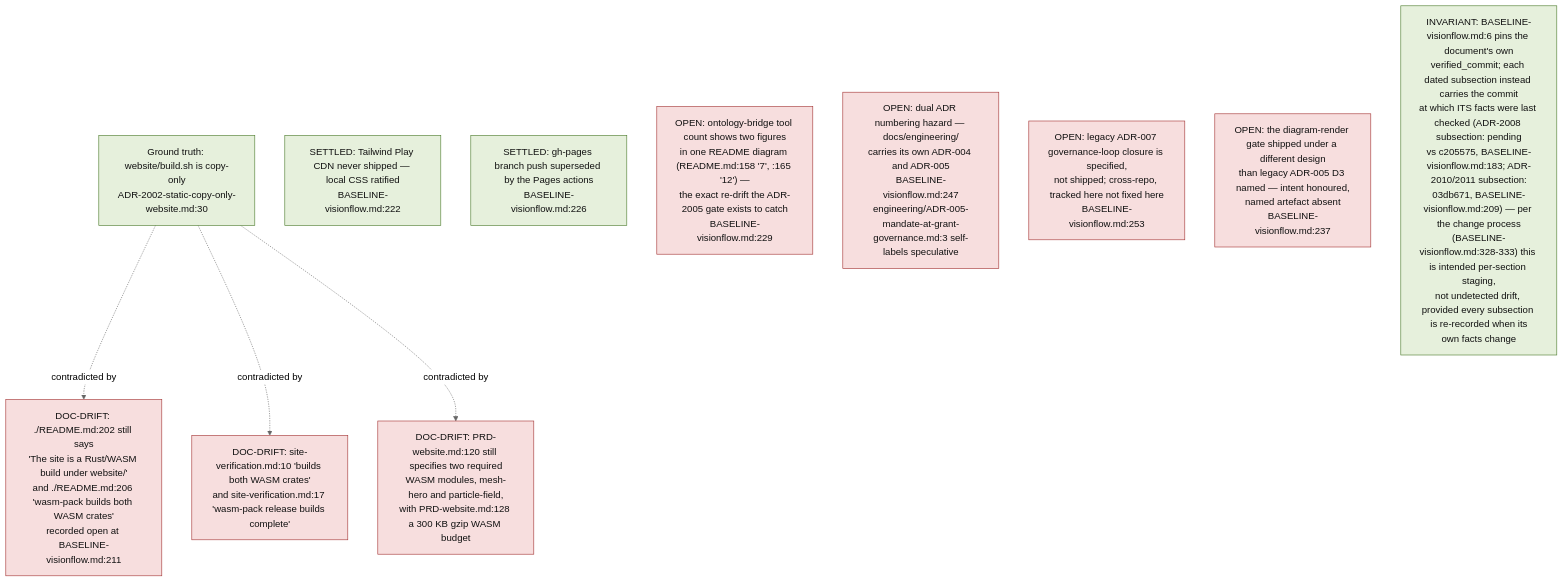
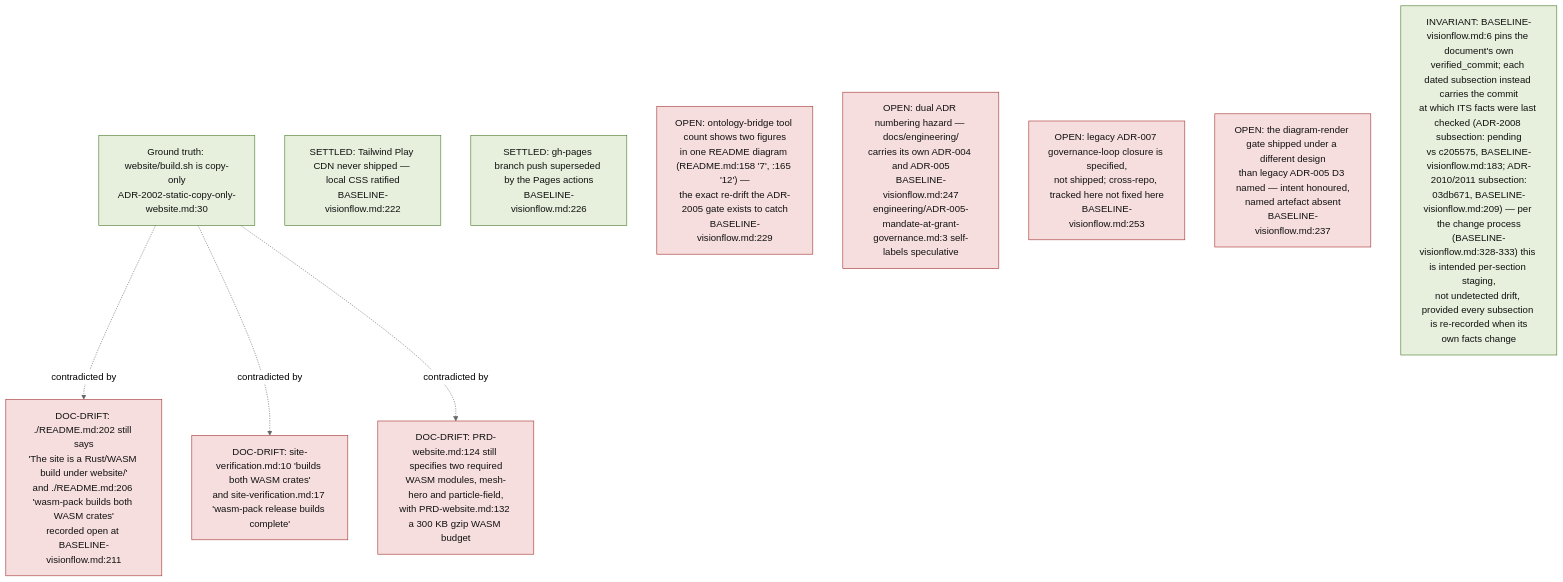
The eighth of 11 diagrams in docs/diagrams/visionflow/01-repo-composition-and-canon.md (DreamLab-AI/VisionFlow), drawn with Mermaid (neutral theme) before and after one commit. The commit also changed other lines of this file and 21 other files, not shown here.

Commit message:
docs(diagrams): refresh first verified estate batch

````diff
--- a/docs/diagrams/visionflow/01-repo-composition-and-canon.md
+++ b/docs/diagrams/visionflow/01-repo-composition-and-canon.md
@@ -312,24 +313,24 @@
 ```mermaid
 flowchart TB
     classDef drift fill:#f7dede,stroke:#a33333,color:#111
     classDef settled fill:#e6f0dc,stroke:#4a7a2a,color:#111
 
     SRC["Ground truth: website/build.sh is copy-only<br/>ADR-2002-static-copy-only-website.md:30"]:::settled
 
     D1["DOC-DRIFT: ./README.md:202 still says<br/>'The site is a Rust/WASM build under website/'<br/>and ./README.md:206 'wasm-pack builds both WASM crates'<br/>recorded open at BASELINE-visionflow.md:211"]:::drift
     D2["DOC-DRIFT: site-verification.md:10 'builds both WASM crates'<br/>and site-verification.md:17 'wasm-pack release builds complete'"]:::drift
-    D3["DOC-DRIFT: PRD-website.md:120 still specifies two required<br/>WASM modules, mesh-hero and particle-field,<br/>with PRD-website.md:128 a 300 KB gzip WASM budget"]:::drift
+    D3["DOC-DRIFT: PRD-website.md:124 still specifies two required<br/>WASM modules, mesh-hero and particle-field,<br/>with PRD-website.md:132 a 300 KB gzip WASM budget"]:::drift
     SRC -.->|"contradicted by"| D1
     SRC -.->|"contradicted by"| D2
     SRC -.->|"contradicted by"| D3
 
     S1["SETTLED: Tailwind Play CDN never shipped — local CSS ratified<br/>BASELINE-visionflow.md:222"]:::settled
     S2["SETTLED: gh-pages branch push superseded by the Pages actions<br/>BASELINE-visionflow.md:226"]:::settled
 
     O1["OPEN: ontology-bridge tool count shows two figures<br/>in one README diagram (README.md:158 '7', :165 '12') —<br/>the exact re-drift the ADR-2005 gate exists to catch<br/>BASELINE-visionflow.md:229"]:::drift
     O2["OPEN: dual ADR numbering hazard — docs/engineering/<br/>carries its own ADR-004 and ADR-005<br/>BASELINE-visionflow.md:247<br/>engineering/ADR-005-mandate-at-grant-governance.md:3 self-labels speculative"]:::drift
     O3["OPEN: legacy ADR-007 governance-loop closure is specified,<br/>not shipped; cross-repo, tracked here not fixed here<br/>BASELINE-visionflow.md:253"]:::drift
     O4["OPEN: the diagram-render gate shipped under a different design<br/>than legacy ADR-005 D3 named — intent honoured,<br/>named artefact absent<br/>BASELINE-visionflow.md:237"]:::drift
 
     INV["INVARIANT: BASELINE-visionflow.md:6 pins the document's own<br/>verified_commit; each dated subsection instead carries the commit<br/>at which ITS facts were last checked (ADR-2008 subsection: pending<br/>vs c205575, BASELINE-visionflow.md:183; ADR-2010/2011 subsection:<br/>03db671, BASELINE-visionflow.md:209) — per the change process<br/>(BASELINE-visionflow.md:328-333) this is intended per-section staging,<br/>not undetected drift, provided every subsection is re-recorded when its<br/>own facts change"]:::settled
 ```
````
